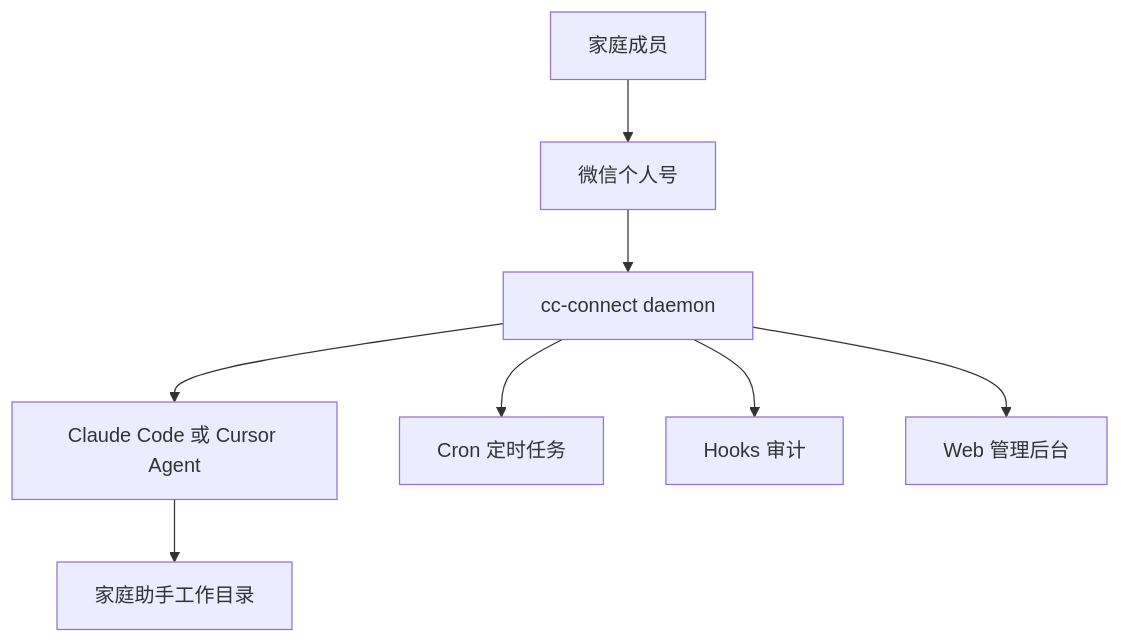
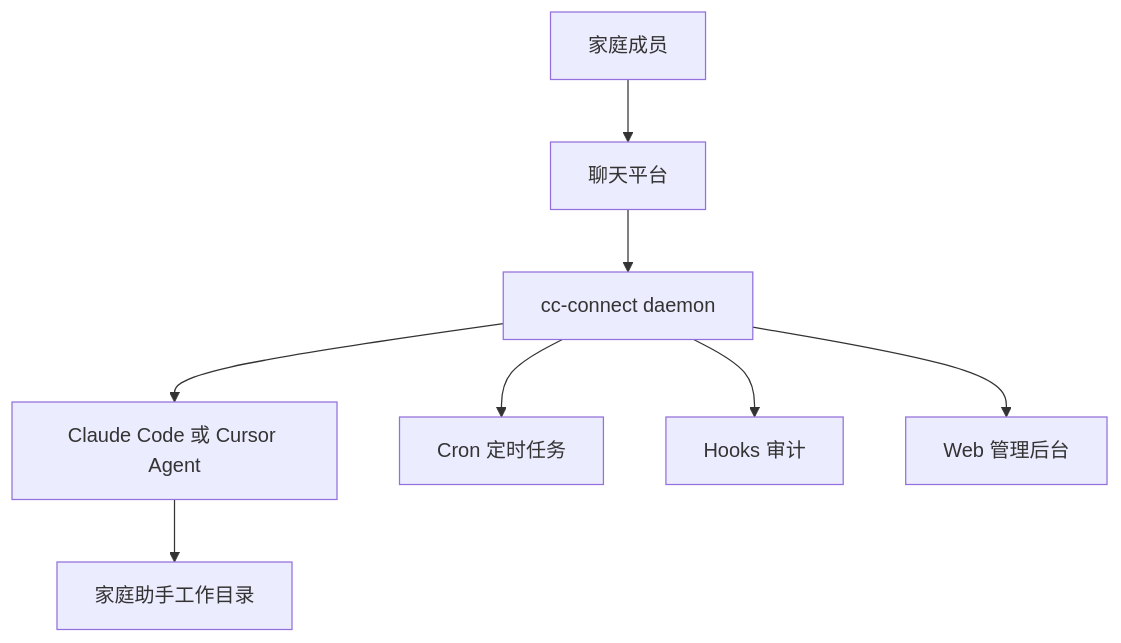
Before and after one commit to lengzhao/home-agent-bootstrap: the diagram in README.md, drawn with Mermaid. The commit also changed other lines of this file and 16 other files, not shown here.

````diff
--- a/README.md
+++ b/README.md
@@ -52,10 +52,10 @@
 ```mermaid
 flowchart TD
-  Family[家庭成员] --> Weixin[微信个人号]
-  Weixin --> CC[cc-connect daemon]
+  Family[家庭成员] --> Platforms[聊天平台]
+  Platforms --> CC[cc-connect daemon]
   CC --> Agent[Claude Code 或 Cursor Agent]
   Agent --> Workspace[家庭助手工作目录]
   CC --> Cron[Cron 定时任务]
   CC --> Hooks[Hooks 审计]
   CC --> Web[Web 管理后台]
 ```
````
